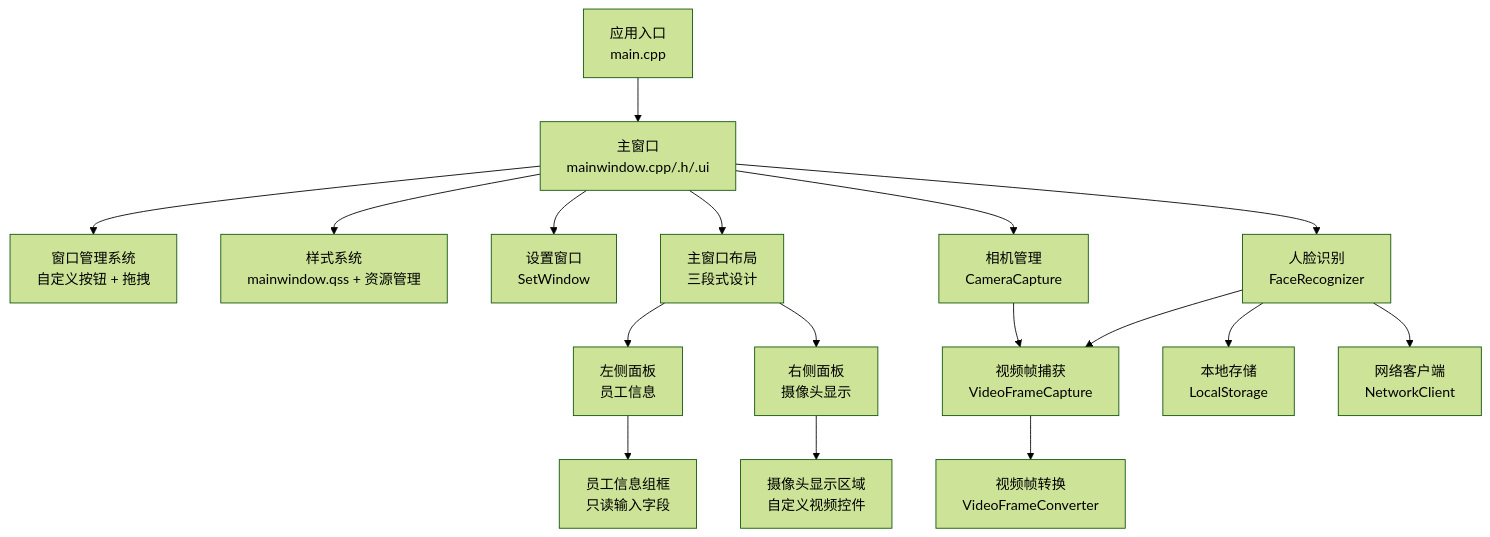
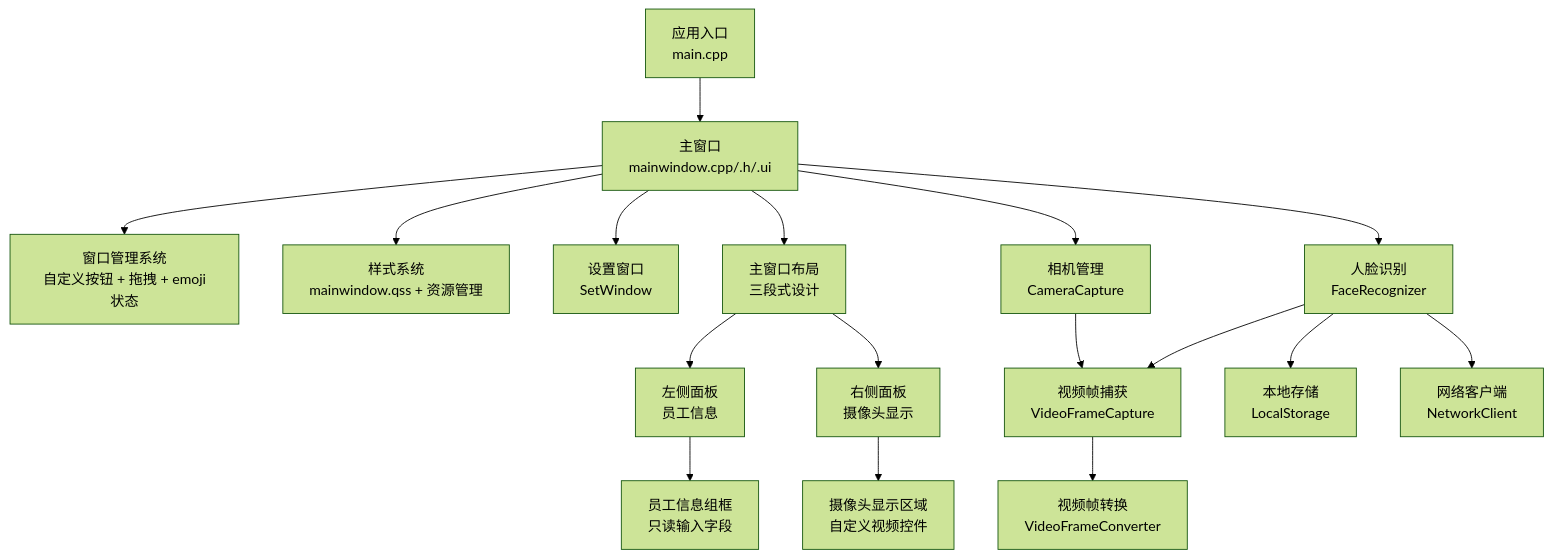
The first of 10 diagrams in .qoder/repowiki/zh/content/用户界面设计/用户界面设计.md (HeQiTZD/Triple-terminal-Attendance-Punching-System), drawn with Mermaid (forest theme) before and after one commit. The commit also changed other lines of this file and 1966 other files, not shown here.

````diff
--- a/.qoder/repowiki/zh/content/用户界面设计/用户界面设计.md
+++ b/.qoder/repowiki/zh/content/用户界面设计/用户界面设计.md
@@ -70,19 +71,19 @@
 ```mermaid
 graph TB
 A["应用入口<br/>main.cpp"] --> B["主窗口<br/>mainwindow.cpp/.h/.ui"]
-B --> C["窗口管理系统<br/>自定义按钮 + 拖拽"]
+B --> C["窗口管理系统<br/>自定义按钮 + 拖拽 + emoji状态"]
 B --> D["样式系统<br/>mainwindow.qss + 资源管理"]
 B --> E["设置窗口<br/>SetWindow"]
 B --> F["主窗口布局<br/>三段式设计"]
 F --> G["左侧面板<br/>员工信息"]
 F --> H["右侧面板<br/>摄像头显示"]
 G --> I["员工信息组框<br/>只读输入字段"]
 H --> J["摄像头显示区域<br/>自定义视频控件"]
 B --> K["相机管理<br/>CameraCapture"]
 K --> L["视频帧捕获<br/>VideoFrameCapture"]
 L --> M["视频帧转换<br/>VideoFrameConverter"]
 B --> N["人脸识别<br/>FaceRecognizer"]
 N --> L
 N --> O["本地存储<br/>LocalStorage"]
 N --> P["网络客户端<br/>NetworkClient"]
 ```
````
